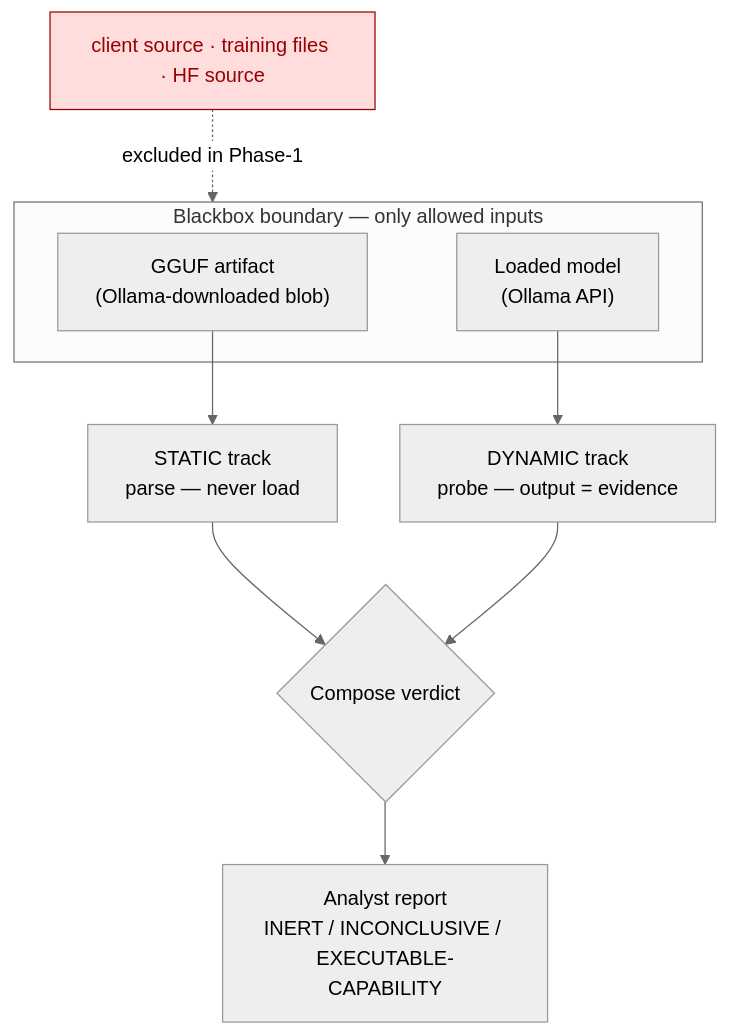
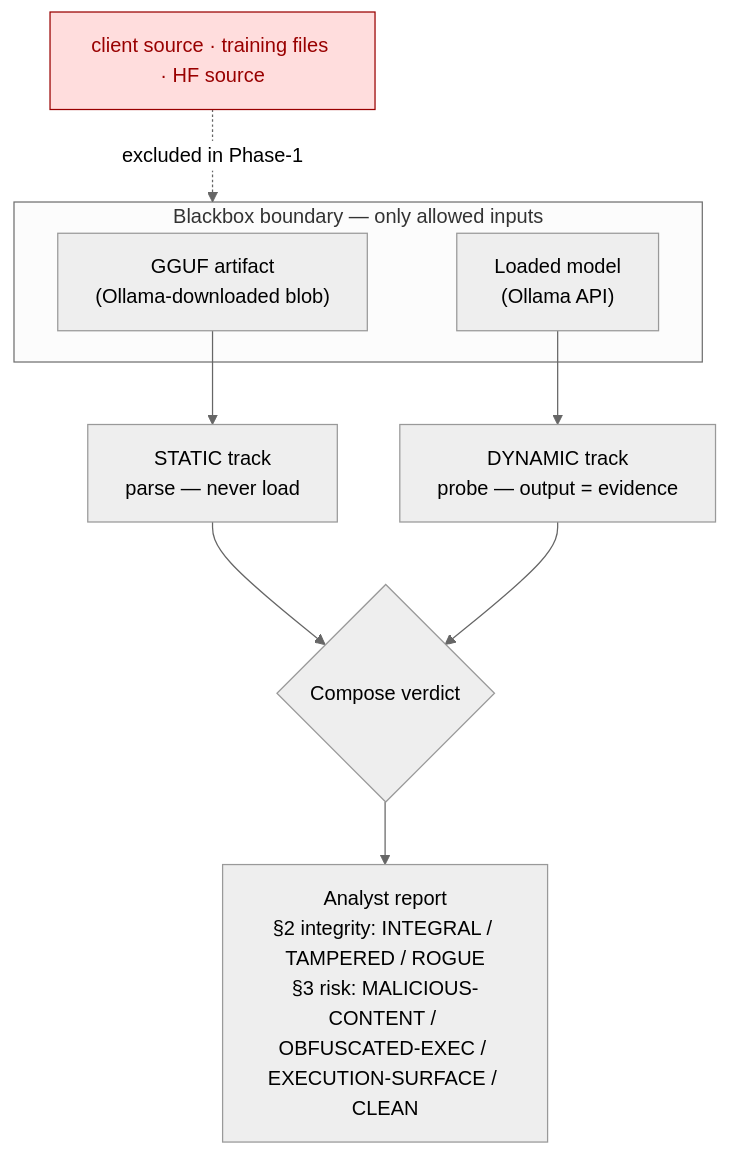
Before and after one commit to packetqc/AI: the first of 4 diagrams in docs/MODEL_SECURITY_RE.md, drawn with Mermaid. The commit also changed other lines of this file, not shown here.

````diff
--- a/docs/MODEL_SECURITY_RE.md
+++ b/docs/MODEL_SECURITY_RE.md
@@ -36,15 +36,15 @@
 ```mermaid
 %%{init: {'theme':'neutral'}}%%
 flowchart TB
     subgraph BB["Blackbox boundary — only allowed inputs"]
         ART["GGUF artifact<br/>(Ollama-downloaded blob)"]
         LIVE["Loaded model<br/>(Ollama API)"]
     end
     ART --> S["STATIC track<br/>parse — never load"]
     LIVE --> D["DYNAMIC track<br/>probe — output = evidence"]
     S --> V{"Compose verdict"}
     D --> V
-    V --> R["Analyst report<br/>INERT / INCONCLUSIVE / EXECUTABLE-CAPABILITY"]
+    V --> R["Analyst report<br/>§2 integrity: INTEGRAL / TAMPERED / ROGUE<br/>§3 risk: MALICIOUS-CONTENT / OBFUSCATED-EXEC / EXECUTION-SURFACE / CLEAN"]
     X["client source · training files · HF source"]:::no -.->|excluded in Phase-1| BB
     classDef no fill:#fdd,stroke:#900,color:#900;
 ```
````
